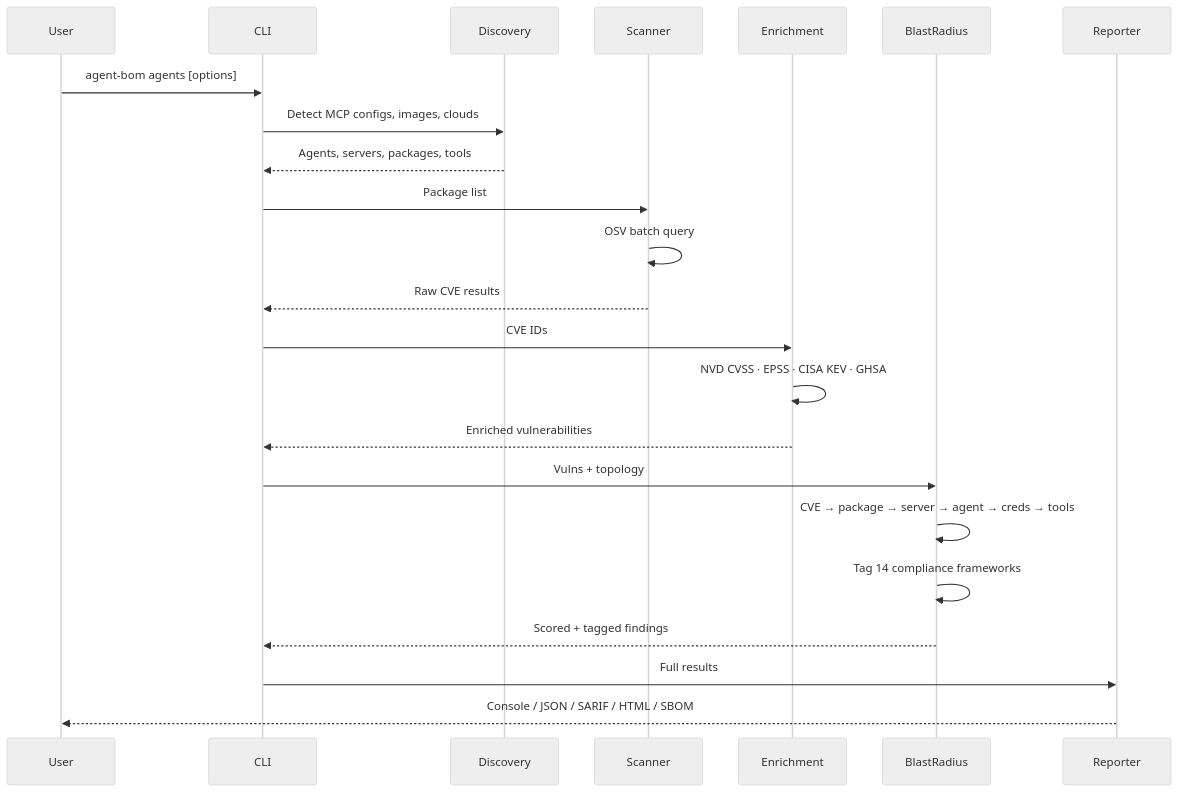
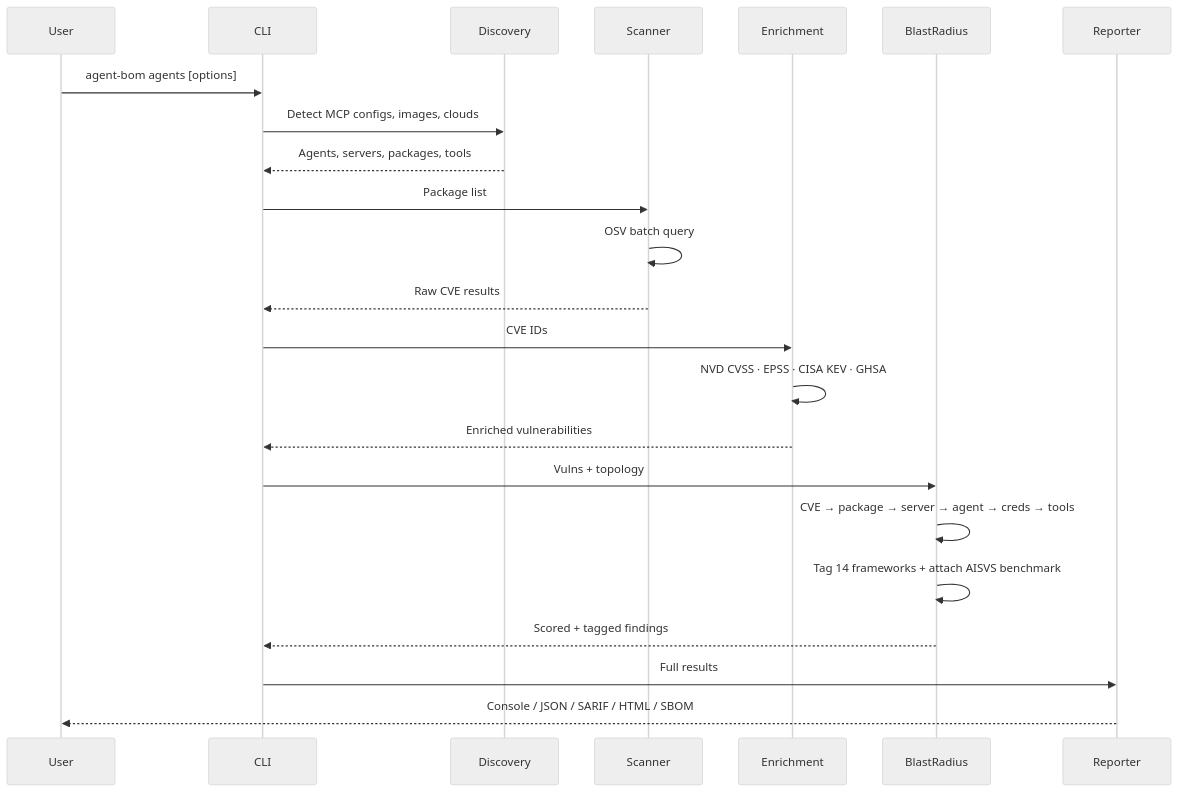
Before and after one commit to msaad00/agent-bom: the second of 5 diagrams in docs/ARCHITECTURE.md, drawn with Mermaid (neutral theme). The commit also changed other lines of this file and 17 other files, not shown here.

Commit message:
Expose AISVS compliance benchmark API

````diff
--- a/docs/ARCHITECTURE.md
+++ b/docs/ARCHITECTURE.md
@@ -92,30 +92,30 @@
 ```mermaid
 sequenceDiagram
     participant User
     participant CLI
     participant Discovery
     participant Scanner
     participant Enrichment
     participant BlastRadius
     participant Reporter
 
     User->>CLI: agent-bom agents [options]
     CLI->>Discovery: Detect MCP configs, images, clouds
     Discovery-->>CLI: Agents, servers, packages, tools
 
     CLI->>Scanner: Package list
     Scanner->>Scanner: OSV batch query
     Scanner-->>CLI: Raw CVE results
 
     CLI->>Enrichment: CVE IDs
     Enrichment->>Enrichment: NVD CVSS · EPSS · CISA KEV · GHSA
     Enrichment-->>CLI: Enriched vulnerabilities
 
     CLI->>BlastRadius: Vulns + topology
     BlastRadius->>BlastRadius: CVE → package → server → agent → creds → tools
-    BlastRadius->>BlastRadius: Tag 14 compliance frameworks
+    BlastRadius->>BlastRadius: Tag 14 frameworks + attach AISVS benchmark
     BlastRadius-->>CLI: Scored + tagged findings
 
     CLI->>Reporter: Full results
     Reporter-->>User: Console / JSON / SARIF / HTML / SBOM
 ```
````
